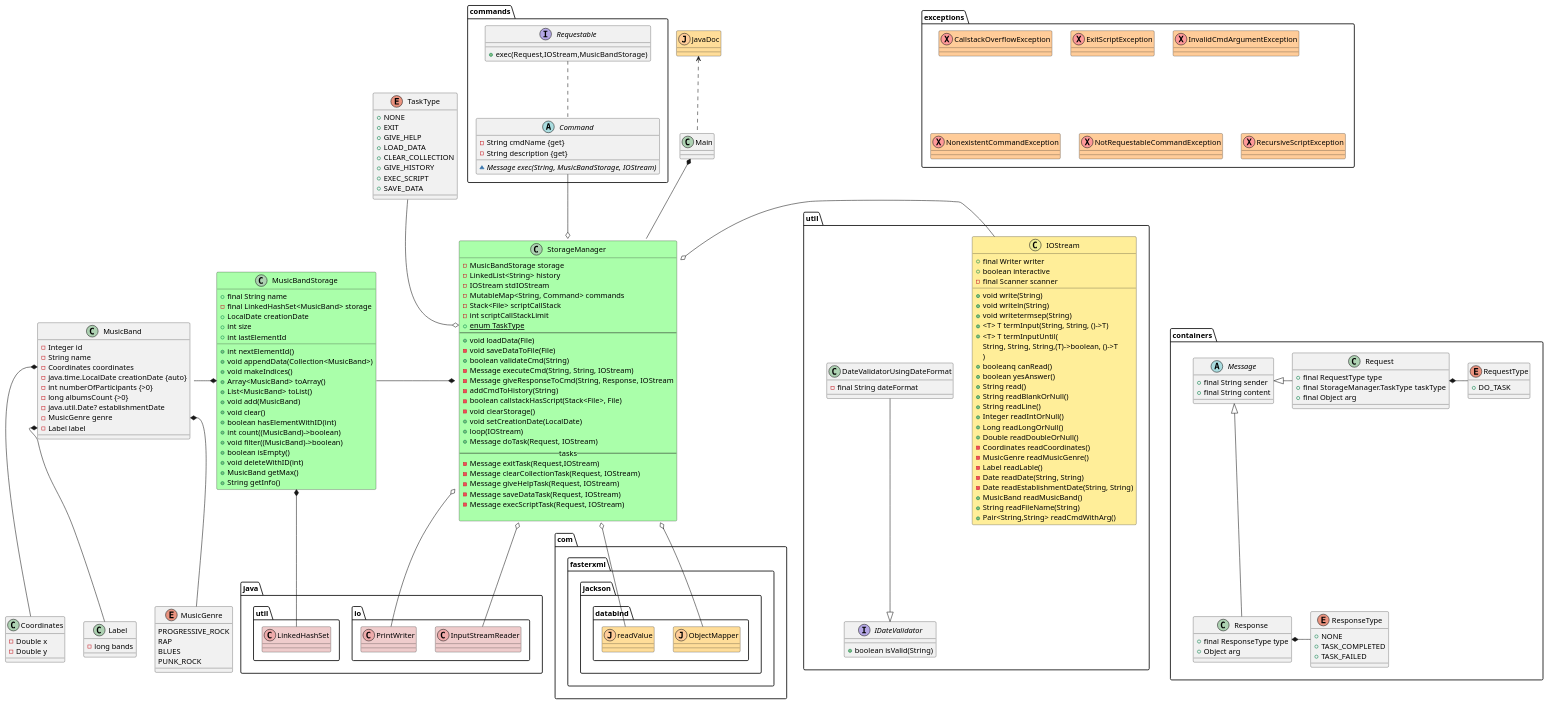
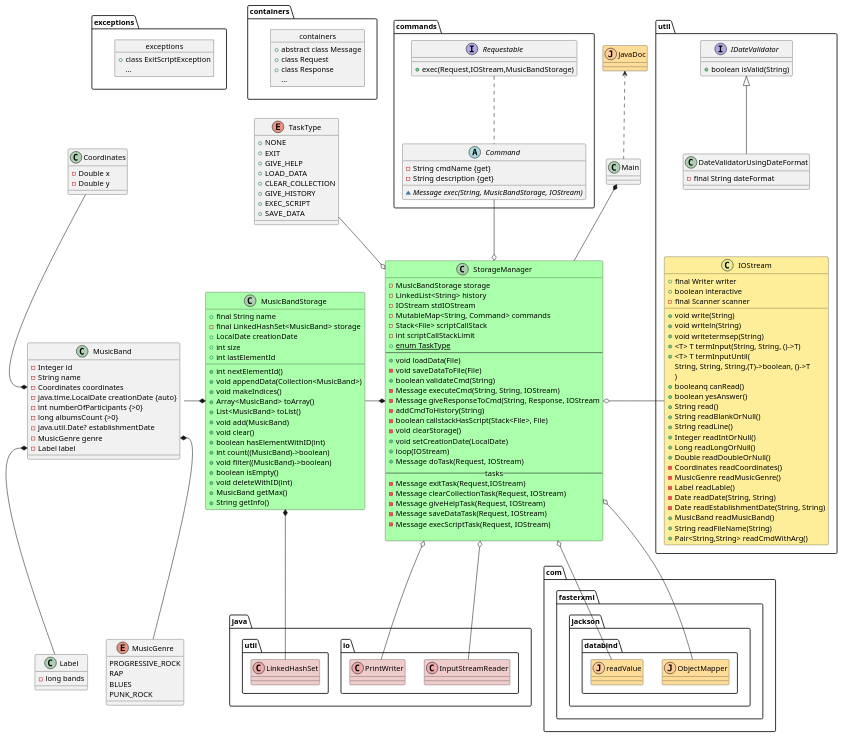
Before and after one commit to e1turin/itmo-programming: the diagram in lab-5-kotlin/Classes.puml, drawn with PlantUML. The commit also changed 3 other files, not shown here.

Commit message:
UML diagram fix, diagrams separated to 2 png's

```diff
--- a/lab-5-kotlin/Classes.puml
+++ b/lab-5-kotlin/Classes.puml
@@ -26,7 +26,14 @@
     - Label label
 }
 
-Coordinates -u-* MusicBand::coordinates
+Coordinates -d-* MusicBand::coordinates
+package exceptions{
+    object exceptions {
+        + class ExitScriptException
+        ...
+    }
+}
+exceptions -[hidden]d-> Coordinates
 Label -up-* MusicBand::label
 MusicGenre -u-* MusicBand::genre
 
@@ -83,6 +90,16 @@
 
 }
 
+package containers{
+    object containers {
+        + abstract class Message
+        + class Request
+        + class Response
+        ...
+    }
+}
+containers -[hidden]d-> TaskType
+
 enum TaskType {
     + NONE
     + EXIT
@@ -94,7 +111,7 @@
     + SAVE_DATA
 }
 
-TaskType -d-o StorageManager::enum
+TaskType -d-o StorageManager
 package commands {
 abstract class Command {
     - String cmdName {get}
@@ -128,7 +145,7 @@
 
 
 class java.util.LinkedHashSet << (C, #EEAAAA) >> #EFCCCC
-MusicBandStorage *-up- java.util.LinkedHashSet
+MusicBandStorage *-d- java.util.LinkedHashSet
 
 package util {
     IOStream -l-o StorageManager
@@ -138,7 +155,8 @@
     class DateValidatorUsingDateFormat {
         - final String dateFormat
     }
-    DateValidatorUsingDateFormat --|> IDateValidator
+    DateValidatorUsingDateFormat -u-|> IDateValidator
+    DateValidatorUsingDateFormat <-[hidden]d- IOStream
     class IOStream << (C, #EEEE99)>> #FFEE99{
         + final Writer writer
         + boolean interactive
@@ -175,43 +193,5 @@
 
 StorageManager -up-* Main
 
-package containers{
-    abstract class Message{
-        + final String sender
-        + final String content
-    }
-    enum ResponseType{
-        + NONE
-        + TASK_COMPLETED
-        + TASK_FAILED
-    }
-    class Response {
-        + final ResponseType type
-        + Object arg
-    }
-    ResponseType -l-* Response
-    Response -u-|> Message
-    enum RequestType{
-        + DO_TASK
-    }
-    class Request {
-        + final RequestType type
-        + final StorageManager.TaskType taskType
-        + final Object arg
-    }
-    RequestType -l-* Request
-    Request -l-|> Message
-}
-
-package exceptions {
-    class CallstackOverflowException <<X, #FF9999>> #FFCC99
-    class ExitScriptException <<X, #FF9999>> #FFCC99
-    class InvalidCmdArgumentException <<X, #FF9999>> #FFCC99
-    class NonexistentCommandException <<X, #FF9999>> #FFCC99
-    class NotRequestableCommandException <<X, #FF9999>> #FFCC99
-    class RecursiveScriptException <<X, #FF9999>> #FFCC99
-}
-
-util -[hidden]r-> containers
 
 @enduml
```
